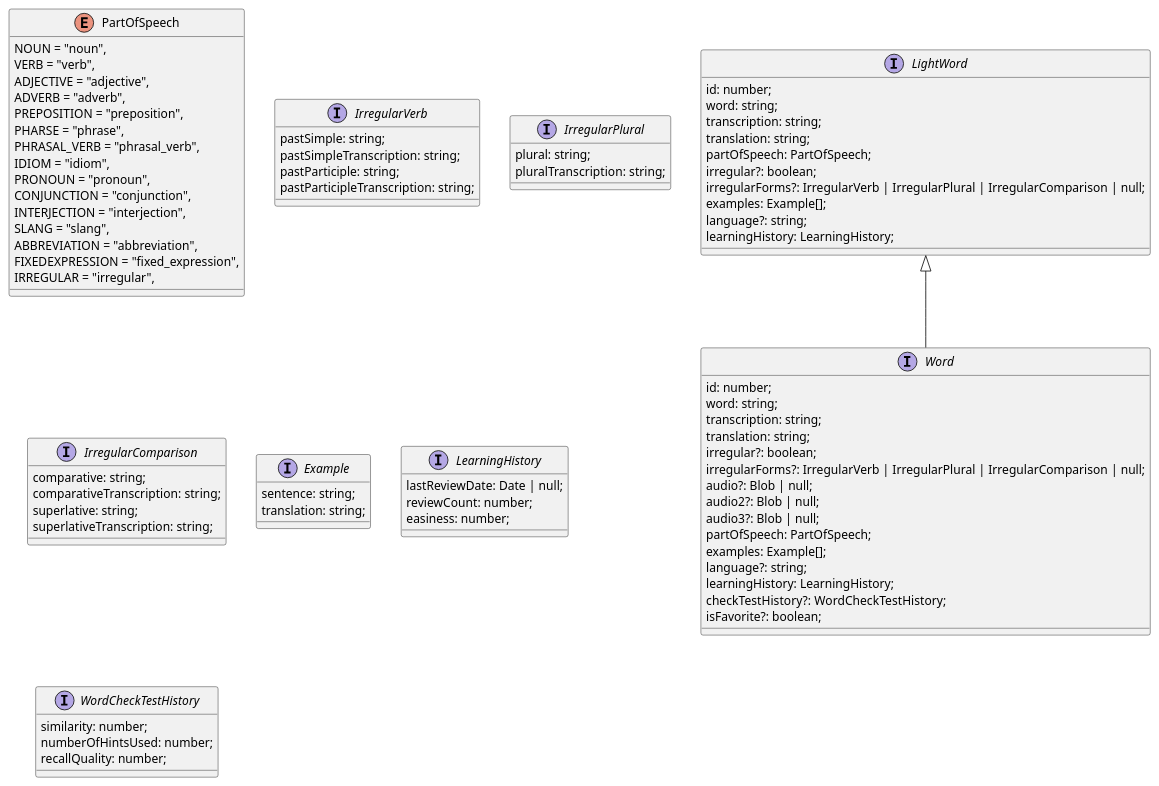
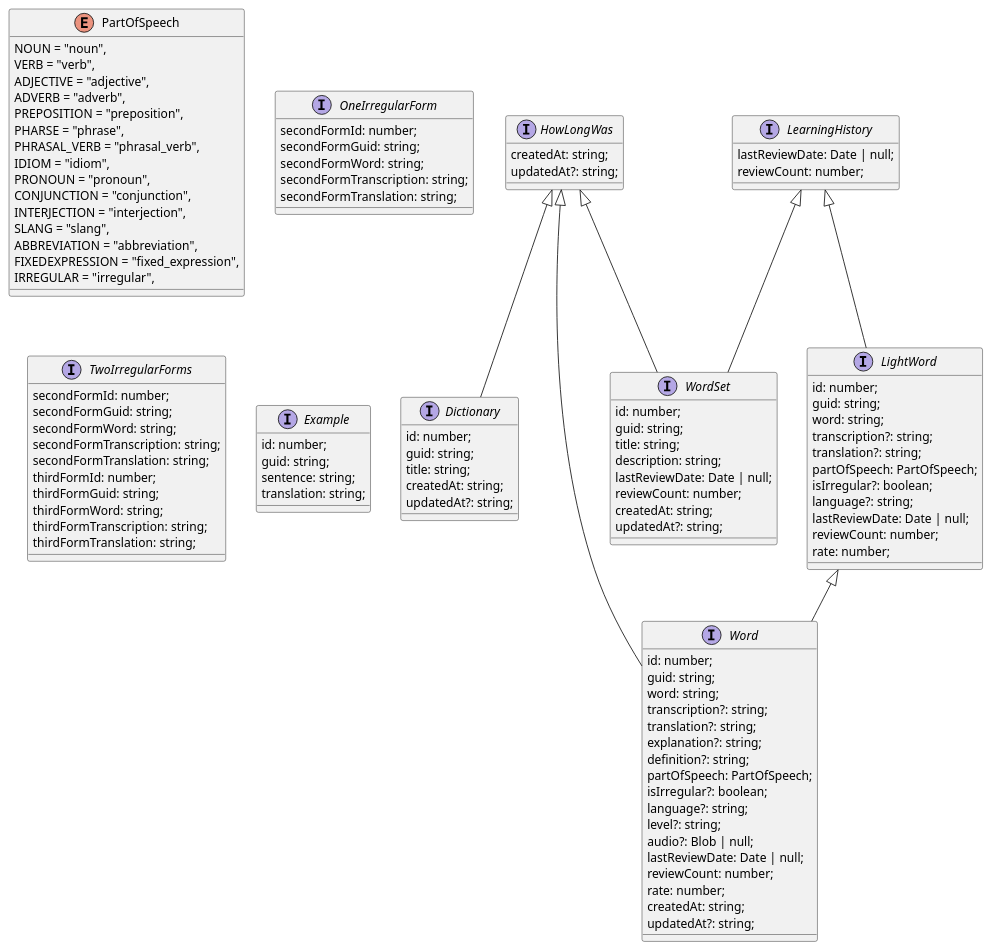
The diagram in arch/entities.plantuml (TanyaMukha/easy-english), drawn with PlantUML before and after one commit. The commit also changed 121 other files, not shown here.

```diff
--- a/arch/entities.plantuml
+++ b/arch/entities.plantuml
@@ -1,87 +1,111 @@
 @startuml entities
 enum PartOfSpeech {
   NOUN = "noun",
   VERB = "verb",
   ADJECTIVE = "adjective",
   ADVERB = "adverb",
   PREPOSITION = "preposition",
   PHARSE = "phrase",
   PHRASAL_VERB = "phrasal_verb",
   IDIOM = "idiom",
   PRONOUN = "pronoun",
   CONJUNCTION = "conjunction",
   INTERJECTION = "interjection",
   SLANG = "slang",
   ABBREVIATION = "abbreviation",
   FIXEDEXPRESSION = "fixed_expression",
   IRREGULAR = "irregular",
 }
 
-interface IrregularVerb {
-  pastSimple: string;
-  pastSimpleTranscription: string;
-  pastParticiple: string;
-  pastParticipleTranscription: string;
+interface Dictionary extends HowLongWas {
+  id: number;
+  guid: string;
+  title: string;
+  createdAt: string;
+  updatedAt?: string;
 }
 
-interface IrregularPlural {
-  plural: string;
-  pluralTranscription: string;
+interface OneIrregularForm {
+  secondFormId: number;
+  secondFormGuid: string;
+  secondFormWord: string;
+  secondFormTranscription: string;
+  secondFormTranslation: string;
 }
 
-interface IrregularComparison {
-  comparative: string;
-  comparativeTranscription: string;
-  superlative: string;
-  superlativeTranscription: string;
+interface TwoIrregularForms {
+  secondFormId: number;
+  secondFormGuid: string;
+  secondFormWord: string;
+  secondFormTranscription: string;
+  secondFormTranslation: string;
+  thirdFormId: number;
+  thirdFormGuid: string;
+  thirdFormWord: string;
+  thirdFormTranscription: string;
+  thirdFormTranslation: string;
 }
 
 interface Example {
+  id: number;
+  guid: string;
   sentence: string;
   translation: string;
 }
 
 interface LearningHistory {
   lastReviewDate: Date | null;
   reviewCount: number;
-  easiness: number;
 }
 
-interface LightWord {
-  id: number;
-  word: string;
-  transcription: string;
-  translation: string;
-  partOfSpeech: PartOfSpeech;
-  irregular?: boolean;
-  irregularForms?: IrregularVerb | IrregularPlural | IrregularComparison | null;
-  examples: Example[];
-  language?: string;
-  learningHistory: LearningHistory;
+interface HowLongWas {
+  createdAt: string;
+  updatedAt?: string;
 }
 
-interface WordCheckTestHistory {
-  similarity: number;
-  numberOfHintsUsed: number;
-  recallQuality: number;
+interface LightWord extends LearningHistory {
+  id: number;
+  guid: string;
+  word: string;
+  transcription?: string;
+  translation?: string;
+  partOfSpeech: PartOfSpeech;
+  isIrregular?: boolean;
+  language?: string;
+  lastReviewDate: Date | null;
+  reviewCount: number;
+  rate: number;
 }
 
-interface Word extends LightWord {
+interface Word extends LightWord, HowLongWas {
   id: number;
+  guid: string;
   word: string;
-  transcription: string;
-  translation: string;
-  irregular?: boolean;
-  irregularForms?: IrregularVerb | IrregularPlural | IrregularComparison | null;
+  transcription?: string;
+  translation?: string;
+  explanation?: string;
+  definition?: string;
+  partOfSpeech: PartOfSpeech;
+  isIrregular?: boolean;
+  language?: string;
+  level?: string;
   audio?: Blob | null;
-  audio2?: Blob | null;
-  audio3?: Blob | null;
-  partOfSpeech: PartOfSpeech;
-  examples: Example[];
-  language?: string;
-  learningHistory: LearningHistory;
-  checkTestHistory?: WordCheckTestHistory;
-  isFavorite?: boolean;
+  lastReviewDate: Date | null;
+  reviewCount: number;
+  rate: number;
+  createdAt: string;
+  updatedAt?: string;
+}
+
+interface WordSet extends LearningHistory, HowLongWas {
+  id: number;
+  guid: string;
+  title: string;
+  description: string;
+  lastReviewDate: Date | null;
+  reviewCount: number;
+  createdAt: string;
+  updatedAt?: string;
 }
 
 @enduml
```
